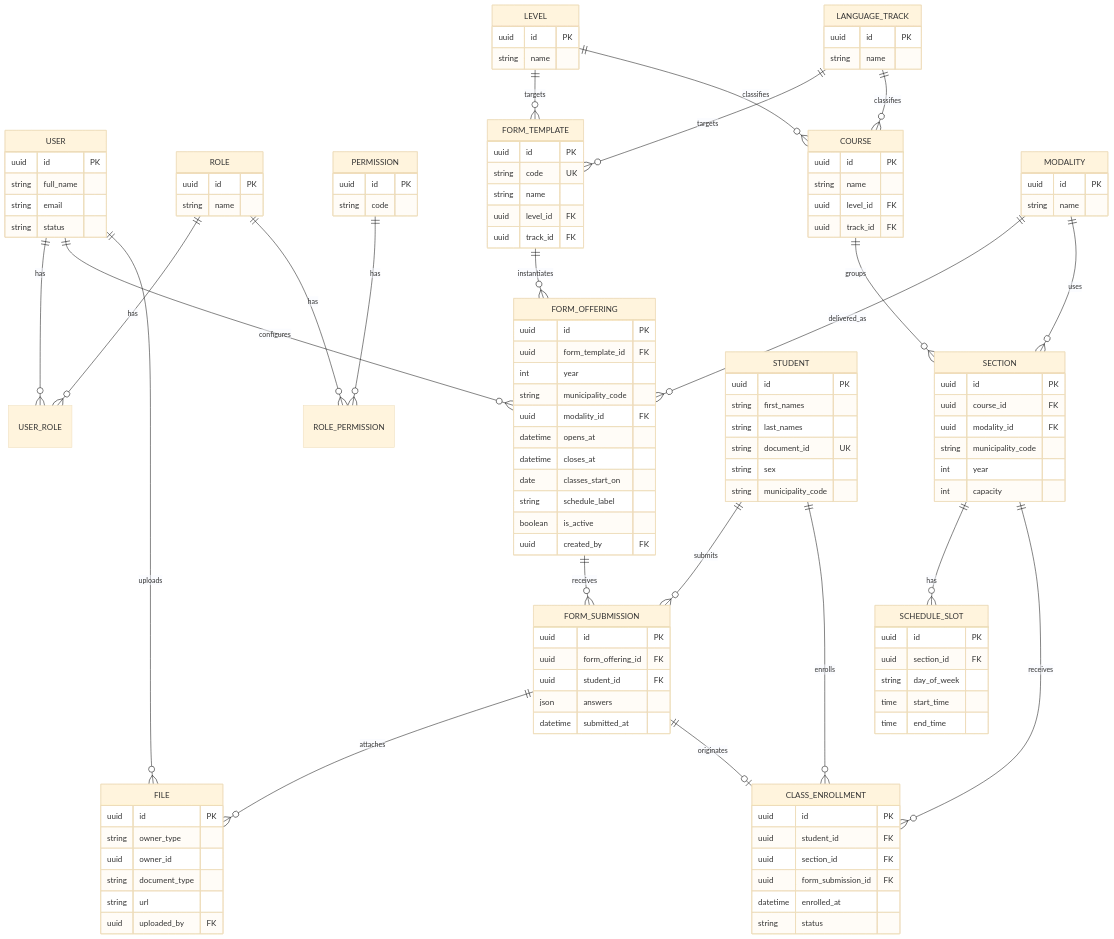
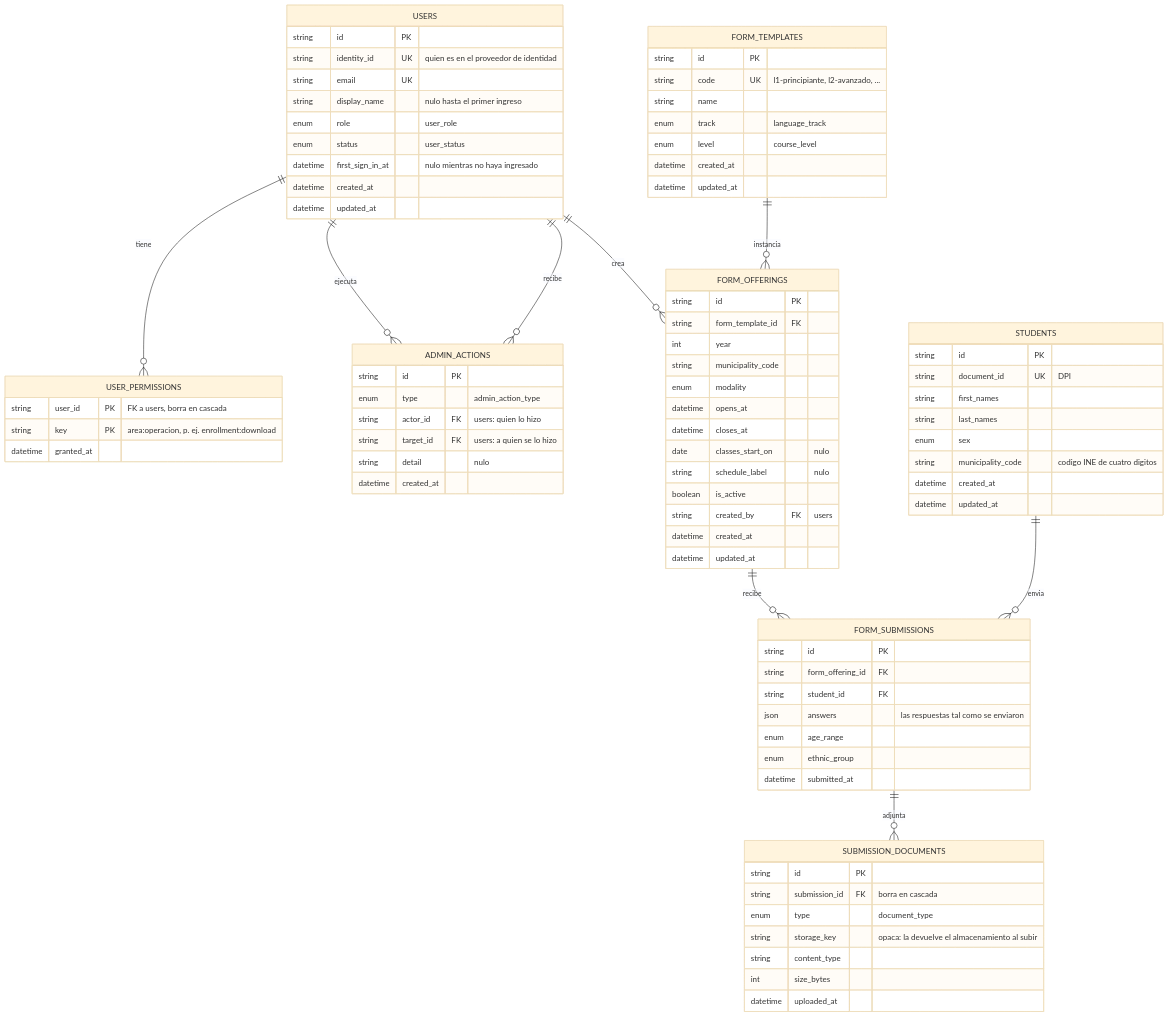
The diagram in docs/db/entidad-relacion.md (sk8Guerra/almg-kaqchikel), drawn with Mermaid (base theme) before and after one commit. The commit also changed other lines of this file, not shown here.

Commit message:
docs(db): poner el diagrama entidad-relación al día con el esquema migrado
El documento seguía siendo el borrador conceptual: dibujaba tablas de roles y
permisos, catálogos de nivel, vía y modalidad como entidades, un FILE polimórfico
y toda la asignación a secciones, nada de lo cual existe en PostgreSQL. Ahora el
diagrama son las ocho tablas migradas, con los nombres de la base —tabla y columna
en snake_case— para poder cotejarlo contra una migración sin traducir.

Lo que faltaba: admin_actions con sus dos relaciones a users, identity_id,
first_sign_in_at, y las columnas age_range y ethnic_group de la inscripción, que
el texto daba por vivas solo dentro de answers.

Se agregan los enums con sus valores y las restricciones únicas con la regla de
negocio que sostiene cada una. Las decisiones que siguen vigentes se reescriben
como "por qué el esquema es así" en vez de "cambios respecto del borrador". La
asignación a secciones queda anotada como no migrada, para que se note que no se
perdió: vuelve al diagrama en el commit que traiga su migración.

Claude-Session: https://claude.ai/code/session_01BbqVqZq9k8g9TiXWfT2mtn

````diff
--- a/docs/db/entidad-relacion.md
+++ b/docs/db/entidad-relacion.md
@@ -8,123 +8,88 @@
 ```mermaid
 erDiagram
-  USER ||--o{ USER_ROLE : has
-  ROLE ||--o{ USER_ROLE : has
-  ROLE ||--o{ ROLE_PERMISSION : has
-  PERMISSION ||--o{ ROLE_PERMISSION : has
-  USER ||--o{ FORM_OFFERING : configures
-  USER ||--o{ FILE : uploads
-  LEVEL ||--o{ FORM_TEMPLATE : targets
-  LEVEL ||--o{ COURSE : classifies
-  LANGUAGE_TRACK ||--o{ FORM_TEMPLATE : targets
-  LANGUAGE_TRACK ||--o{ COURSE : classifies
-  MODALITY ||--o{ FORM_OFFERING : delivered_as
-  MODALITY ||--o{ SECTION : uses
-  FORM_TEMPLATE ||--o{ FORM_OFFERING : instantiates
-  FORM_OFFERING ||--o{ FORM_SUBMISSION : receives
-  STUDENT ||--o{ FORM_SUBMISSION : submits
-  STUDENT ||--o{ CLASS_ENROLLMENT : enrolls
-  FORM_SUBMISSION ||--o{ FILE : attaches
-  COURSE ||--o{ SECTION : groups
-  SECTION ||--o{ SCHEDULE_SLOT : has
-  SECTION ||--o{ CLASS_ENROLLMENT : receives
-  FORM_SUBMISSION ||--o| CLASS_ENROLLMENT : originates
+  USERS ||--o{ USER_PERMISSIONS : "tiene"
+  USERS ||--o{ ADMIN_ACTIONS : "ejecuta"
+  USERS ||--o{ ADMIN_ACTIONS : "recibe"
+  USERS ||--o{ FORM_OFFERINGS : "crea"
+  FORM_TEMPLATES ||--o{ FORM_OFFERINGS : "instancia"
+  FORM_OFFERINGS ||--o{ FORM_SUBMISSIONS : "recibe"
+  STUDENTS ||--o{ FORM_SUBMISSIONS : "envia"
+  FORM_SUBMISSIONS ||--o{ SUBMISSION_DOCUMENTS : "adjunta"
 
-  USER {
-    uuid id PK
-    string full_name
-    string email
-    string status
+  USERS {
+    string id PK
+    string identity_id UK "quien es en el proveedor de identidad"
+    string email UK
+    string display_name "nulo hasta el primer ingreso"
+    enum role "user_role"
+    enum status "user_status"
+    datetime first_sign_in_at "nulo mientras no haya ingresado"
+    datetime created_at
+    datetime updated_at
   }
-  ROLE {
-    uuid id PK
-    string name
+  USER_PERMISSIONS {
+    string user_id PK "FK a users, borra en cascada"
+    string key PK "area:operacion, p. ej. enrollment:download"
+    datetime granted_at
   }
-  PERMISSION {
-    uuid id PK
-    string code
+  ADMIN_ACTIONS {
+    string id PK
+    enum type "admin_action_type"
+    string actor_id FK "users: quien lo hizo"
+    string target_id FK "users: a quien se lo hizo"
+    string detail "nulo"
+    datetime created_at
   }
-  STUDENT {
-    uuid id PK
+  STUDENTS {
+    string id PK
+    string document_id UK "DPI"
     string first_names
     string last_names
-    string document_id UK
-    string sex
-    string municipality_code
+    enum sex
+    string municipality_code "codigo INE de cuatro digitos"
+    datetime created_at
+    datetime updated_at
   }
-  LEVEL {
-    uuid id PK
+  FORM_TEMPLATES {
+    string id PK
+    string code UK "l1-principiante, l2-avanzado, ..."
     string name
+    enum track "language_track"
+    enum level "course_level"
+    datetime created_at
+    datetime updated_at
   }
-  LANGUAGE_TRACK {
-    uuid id PK
-    string name
-  }
-  MODALITY {
-    uuid id PK
-    string name
-  }
-  FORM_TEMPLATE {
-    uuid id PK
-    string code UK
-    string name
-    uuid level_id FK
-    uuid track_id FK
-  }
-  FORM_OFFERING {
-    uuid id PK
-    uuid form_template_id FK
+  FORM_OFFERINGS {
+    string id PK
+    string form_template_id FK
     int year
     string municipality_code
-    uuid modality_id FK
+    enum modality
     datetime opens_at
     datetime closes_at
-    date classes_start_on
-    string schedule_label
+    date classes_start_on "nulo"
+    string schedule_label "nulo"
     boolean is_active
-    uuid created_by FK
+    string created_by FK "users"
+    datetime created_at
+    datetime updated_at
   }
-  FORM_SUBMISSION {
-    uuid id PK
-    uuid form_offering_id FK
-    uuid student_id FK
-    json answers
+  FORM_SUBMISSIONS {
+    string id PK
+    string form_offering_id FK
+    string student_id FK
+    json answers "las respuestas tal como se enviaron"
+    enum age_range
+    enum ethnic_group
     datetime submitted_at
   }
-  COURSE {
-    uuid id PK
-    string name
-    uuid level_id FK
-    uuid track_id FK
-  }
-  SECTION {
-    uuid id PK
-    uuid course_id FK
-    uuid modality_id FK
-    string municipality_code
-    int year
-    int capacity
-  }
-  SCHEDULE_SLOT {
-    uuid id PK
-    uuid section_id FK
-    string day_of_week
-    time start_time
-    time end_time
-  }
-  CLASS_ENROLLMENT {
-    uuid id PK
-    uuid student_id FK
-    uuid section_id FK
-    uuid form_submission_id FK
-    datetime enrolled_at
-    string status
-  }
-  FILE {
-    uuid id PK
-    string owner_type
-    uuid owner_id
-    string document_type
-    string url
-    uuid uploaded_by FK
+  SUBMISSION_DOCUMENTS {
+    string id PK
+    string submission_id FK "borra en cascada"
+    enum type "document_type"
+    string storage_key "opaca: la devuelve el almacenamiento al subir"
+    string content_type
+    int size_bytes
+    datetime uploaded_at
   }
 ```
````
